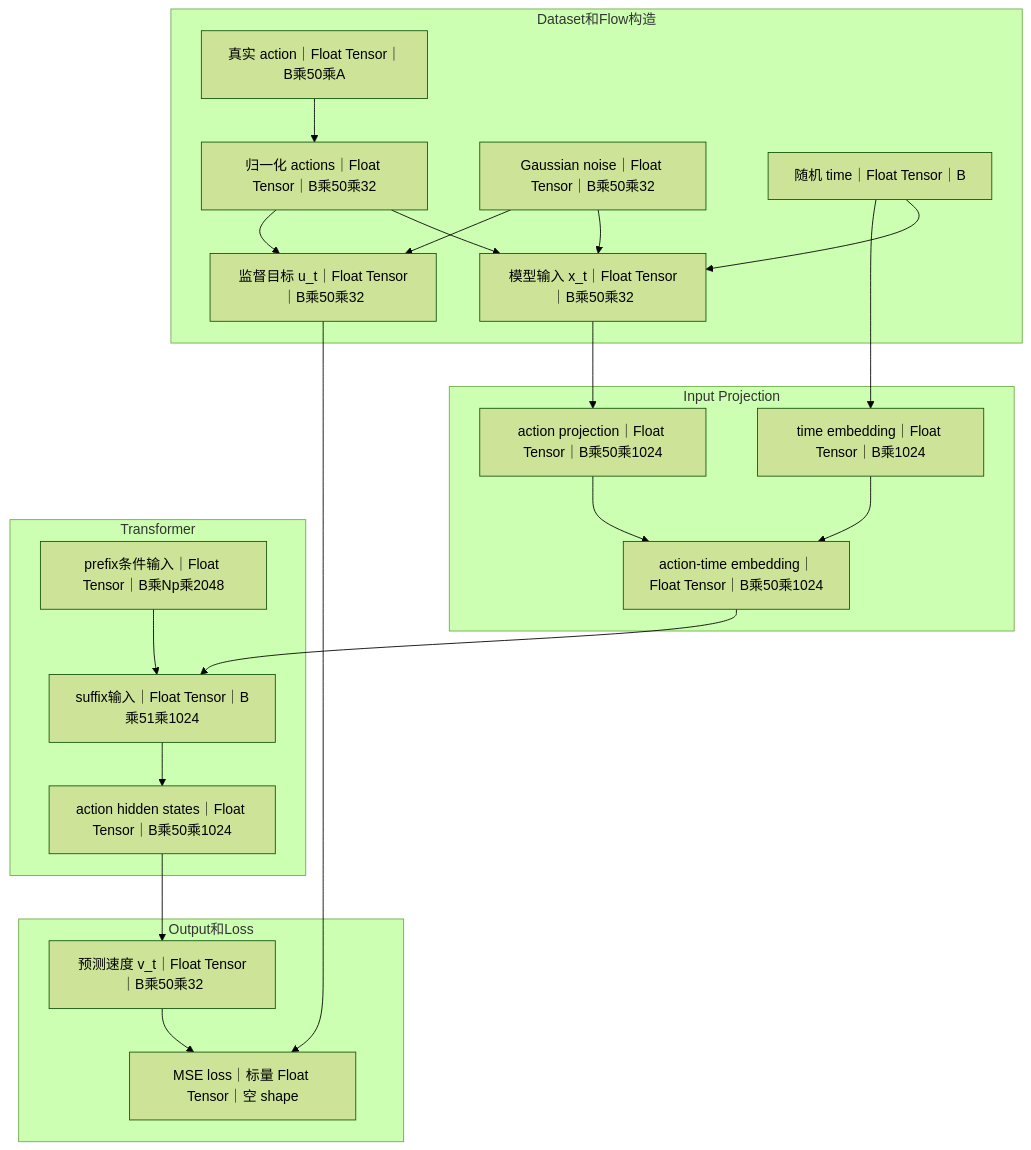
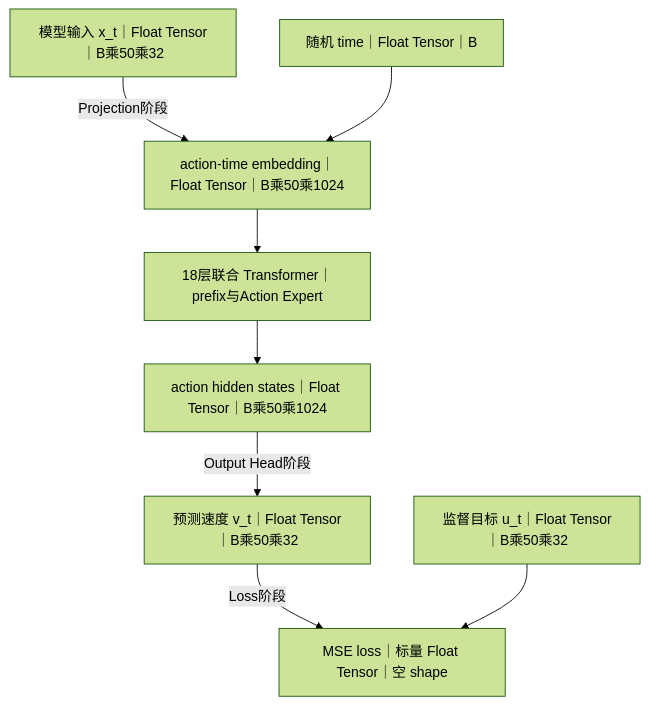
One commit to skkkkk0609/vla-advanced-algorithms changed diagram 13 of 58 in pi0/pi0-end-to-end-flowcharts.md. Above: the diagram before and after it, drawn with Mermaid (forest theme). The commit also changed other lines of this file and 3 other files, not shown here.

````diff
--- a/pi0/pi0-end-to-end-flowcharts.md
+++ b/pi0/pi0-end-to-end-flowcharts.md
@@ -222,37 +256,13 @@
 ```mermaid
 flowchart TD
-    subgraph A1[Dataset和Flow构造]
-        ARAW2[真实 action｜Float Tensor｜B乘50乘A]
-        ACTION2[归一化 actions｜Float Tensor｜B乘50乘32]
-        NOISE2[Gaussian noise｜Float Tensor｜B乘50乘32]
-        TIME2[随机 time｜Float Tensor｜B]
-        XT2[模型输入 x_t｜Float Tensor｜B乘50乘32]
-        UT2[监督目标 u_t｜Float Tensor｜B乘50乘32]
-    end
-    subgraph A2[Input Projection]
-        APROJ[action projection｜Float Tensor｜B乘50乘1024]
-        TEMB[time embedding｜Float Tensor｜B乘1024]
-        ATEMB[action-time embedding｜Float Tensor｜B乘50乘1024]
-    end
-    subgraph A3[Transformer]
-        PIN[prefix条件输入｜Float Tensor｜B乘Np乘2048]
-        SIN[suffix输入｜Float Tensor｜B乘51乘1024]
-        AHIDDEN[action hidden states｜Float Tensor｜B乘50乘1024]
-    end
-    subgraph A4[Output和Loss]
-        VT2[预测速度 v_t｜Float Tensor｜B乘50乘32]
-        MSE[MSE loss｜标量 Float Tensor｜空 shape]
-    end
-
-    ARAW2 --> ACTION2
-    ACTION2 --> XT2
-    ACTION2 --> UT2
-    NOISE2 --> XT2
-    NOISE2 --> UT2
-    TIME2 --> XT2
-    XT2 --> APROJ --> ATEMB
-    TIME2 --> TEMB --> ATEMB
-    PIN --> SIN
-    ATEMB --> SIN --> AHIDDEN --> VT2 --> MSE
-    UT2 --> MSE
+    X[模型输入 x_t｜Float Tensor｜B乘50乘32]
+    T[随机 time｜Float Tensor｜B]
+    X -- Projection阶段 --> E[action-time embedding｜Float Tensor｜B乘50乘1024]
+    T --> E
+    E --> J[18层联合 Transformer｜prefix与Action Expert]
+    J --> H[action hidden states｜Float Tensor｜B乘50乘1024]
+    H -- Output Head阶段 --> V[预测速度 v_t｜Float Tensor｜B乘50乘32]
+    U[监督目标 u_t｜Float Tensor｜B乘50乘32]
+    V -- Loss阶段 --> L[MSE loss｜标量 Float Tensor｜空 shape]
+    U --> L
 ```
````
